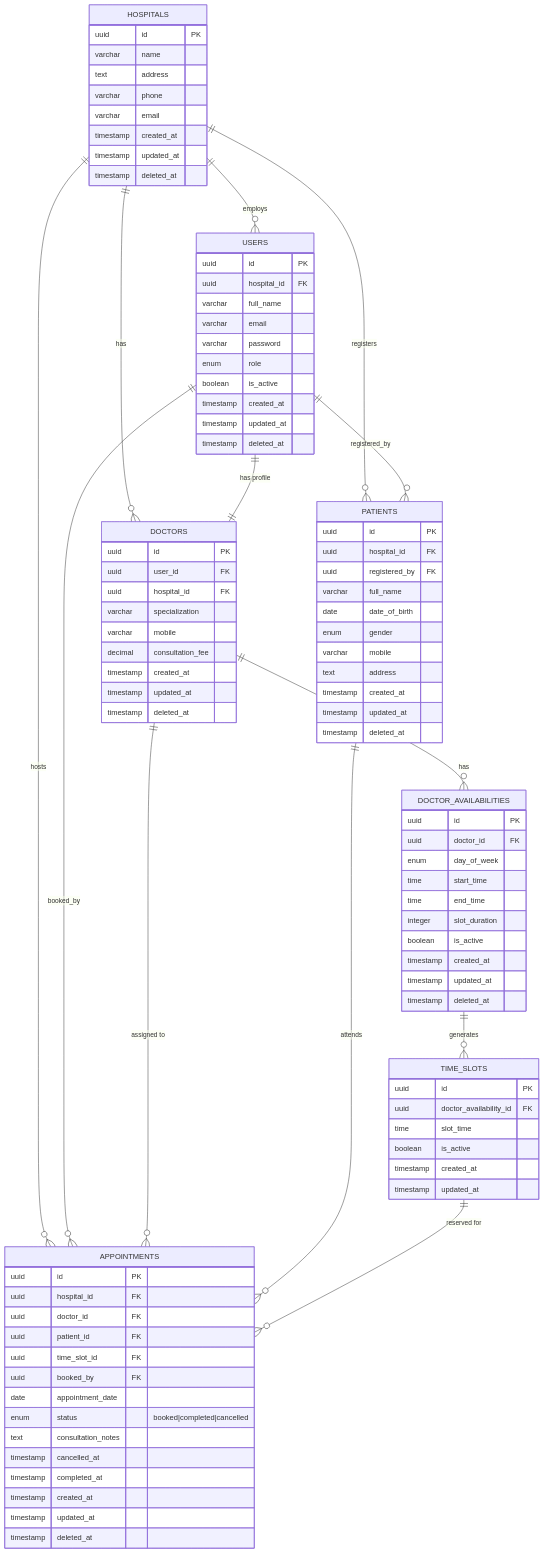
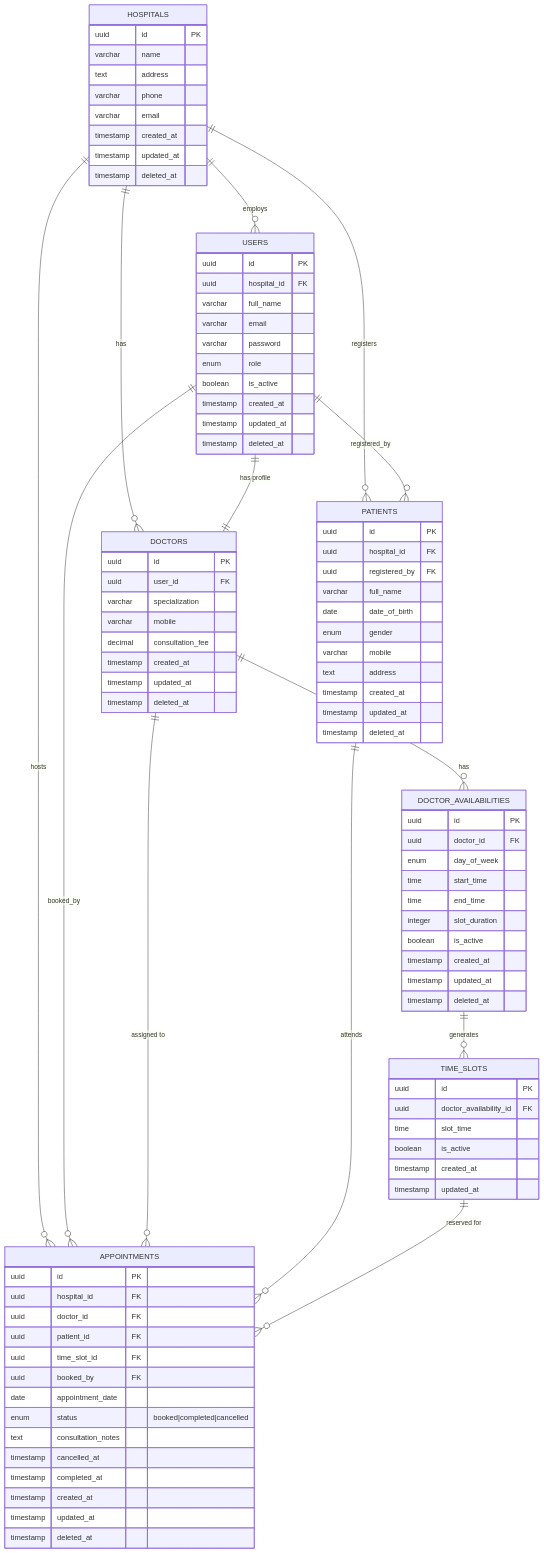
One commit to AmbyHasan/HMS changed the third of 4 diagrams in docs/02-Database-Design.md. Above: the diagram before and after it, drawn with Mermaid. The commit also changed other lines of this file, not shown here.

```diff
--- a/docs/02-Database-Design.md
+++ b/docs/02-Database-Design.md
@@ -593,7 +586,6 @@
     DOCTORS {
         uuid id PK
         uuid user_id FK
-        uuid hospital_id FK
         varchar specialization
         varchar mobile
         decimal consultation_fee
```
